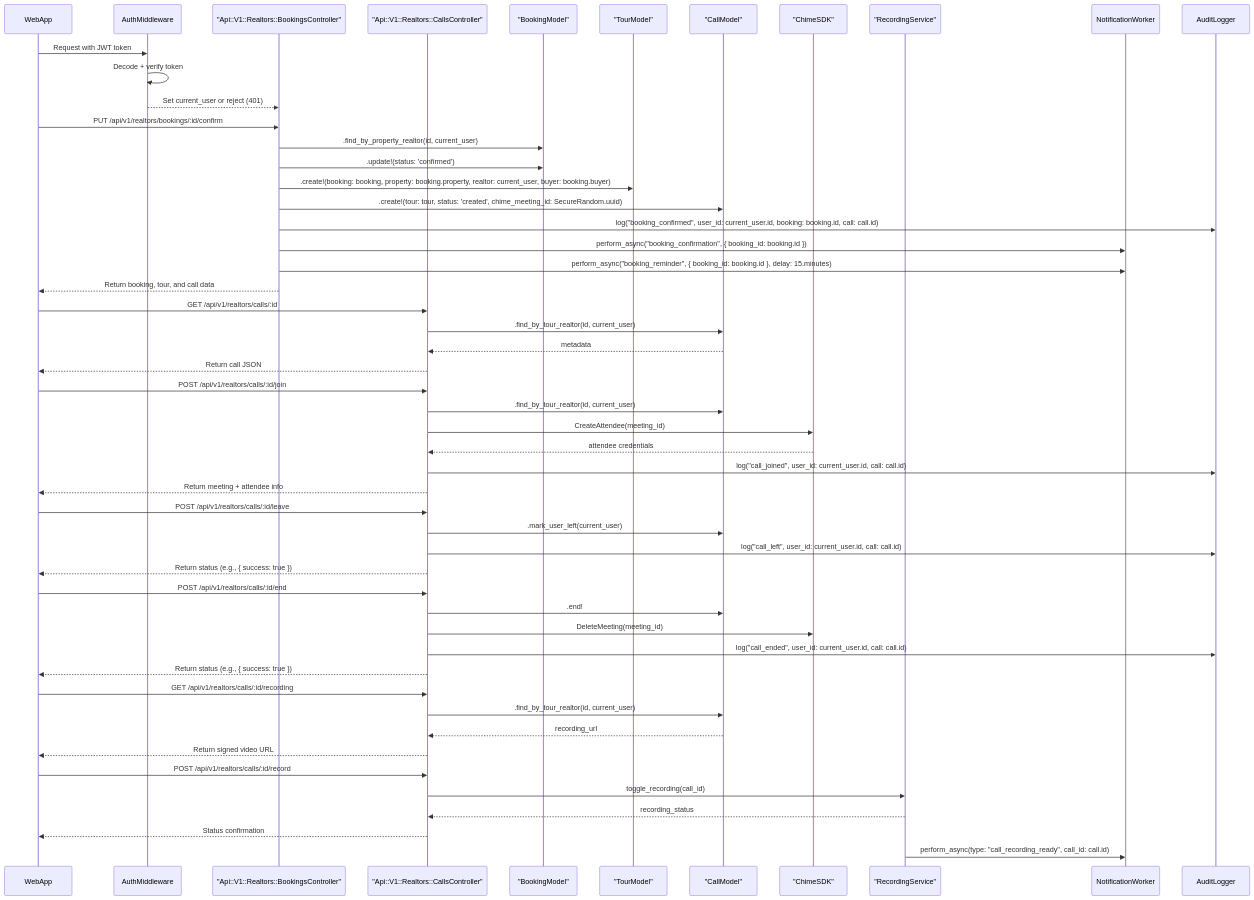
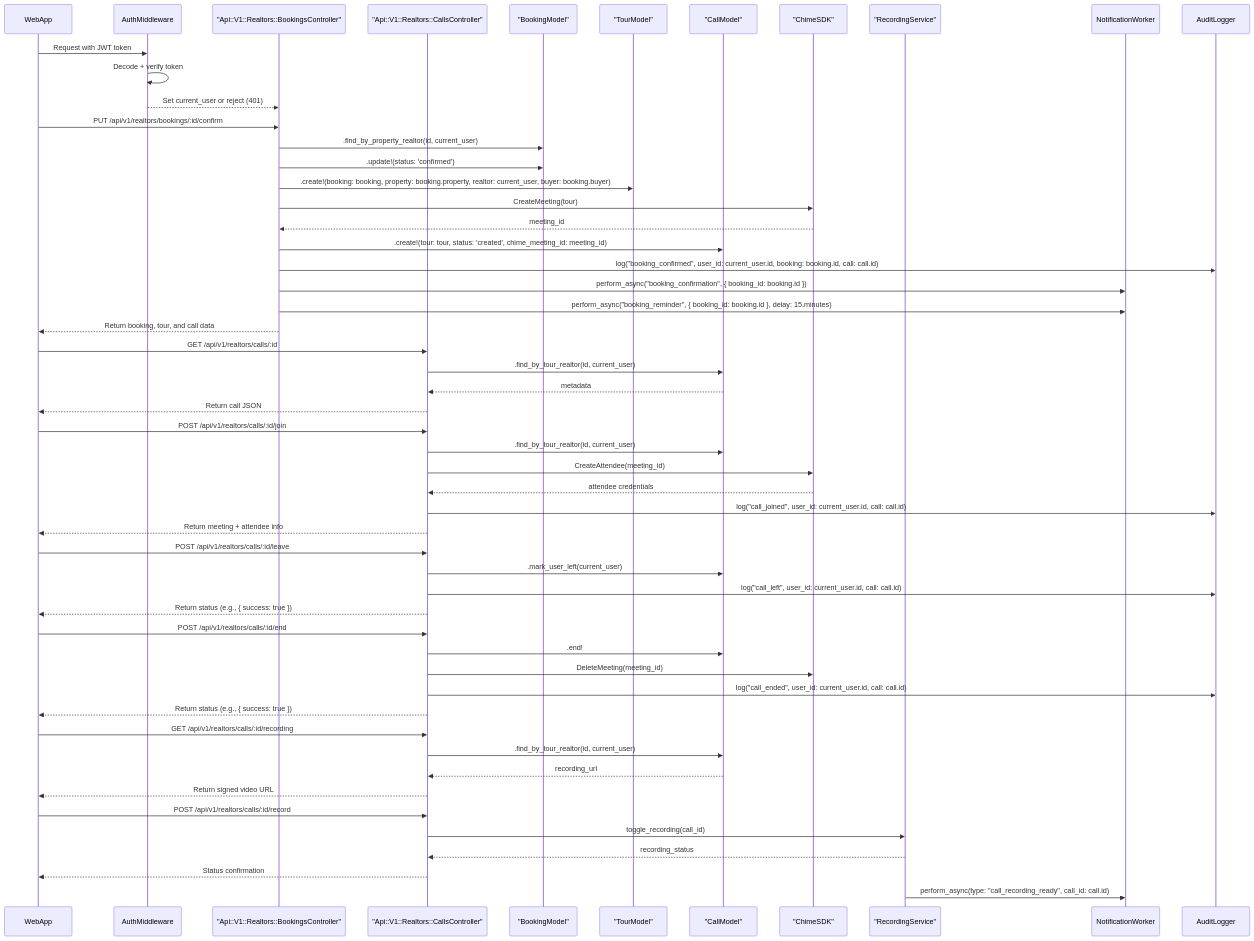
One commit to Video-API-architecture/architecture-proposal changed the diagram in diagrams/realtors/calls.mermaid. Above: the diagram before and after it, drawn with Mermaid. The commit also changed 2 other files, not shown here.

Commit message:
use chime_service.create_meeting(tour) in diagram and add it in the code

```diff
--- a/diagrams/realtors/calls.mermaid
+++ b/diagrams/realtors/calls.mermaid
@@ -1,70 +1,72 @@
 sequenceDiagram
     participant WebApp
     participant Auth as AuthMiddleware
     participant BC as "Api::V1::Realtors::BookingsController"
     participant CC as "Api::V1::Realtors::CallsController"
     participant Booking as "BookingModel"
     participant Tour as "TourModel"
     participant Call as "CallModel"
     participant Chime as "ChimeSDK"
     participant Recorder as "RecordingService"
     participant NotificationWorker
     participant AuditLogger
 
     %% Auth check
     WebApp->>Auth: Request with JWT token
     Auth->>Auth: Decode + verify token
     Auth-->>BC: Set current_user or reject (401)
 
     %% Booking confirmation (creates call)
     WebApp->>BC: PUT /api/v1/realtors/bookings/:id/confirm
     BC->>Booking: .find_by_property_realtor(id, current_user)
     BC->>Booking: .update!(status: 'confirmed')
     BC->>Tour: .create!(booking: booking, property: booking.property, realtor: current_user, buyer: booking.buyer)
-    BC->>Call: .create!(tour: tour, status: 'created', chime_meeting_id: SecureRandom.uuid)
+    BC->>Chime: CreateMeeting(tour)
+    Chime-->>BC: meeting_id
+    BC->>Call: .create!(tour: tour, status: 'created', chime_meeting_id: meeting_id)
     BC->>AuditLogger: log("booking_confirmed", user_id: current_user.id, booking: booking.id, call: call.id)
     BC->>NotificationWorker: perform_async("booking_confirmation", { booking_id: booking.id })
     BC->>NotificationWorker: perform_async("booking_reminder", { booking_id: booking.id }, delay: 15.minutes)
     BC-->>WebApp: Return booking, tour, and call data
 
     %% Get call details (after confirmation)
     WebApp->>CC: GET /api/v1/realtors/calls/:id
     CC->>Call: .find_by_tour_realtor(id, current_user)
     Call-->>CC: metadata
     CC-->>WebApp: Return call JSON
 
     %% Join call
     WebApp->>CC: POST /api/v1/realtors/calls/:id/join
     CC->>Call: .find_by_tour_realtor(id, current_user)
     CC->>Chime: CreateAttendee(meeting_id)
     Chime-->>CC: attendee credentials
     CC->>AuditLogger: log("call_joined", user_id: current_user.id, call: call.id)
     CC-->>WebApp: Return meeting + attendee info
 
     %% Leave call
     WebApp->>CC: POST /api/v1/realtors/calls/:id/leave
     CC->>Call: .mark_user_left(current_user)
     CC->>AuditLogger: log("call_left", user_id: current_user.id, call: call.id)
     CC-->>WebApp: Return status (e.g., { success: true })
 
     %% End call
     WebApp->>CC: POST /api/v1/realtors/calls/:id/end
     CC->>Call: .end!
     CC->>Chime: DeleteMeeting(meeting_id)
     CC->>AuditLogger: log("call_ended", user_id: current_user.id, call: call.id)
     CC-->>WebApp: Return status (e.g., { success: true })
 
     %% Get call recording
     WebApp->>CC: GET /api/v1/realtors/calls/:id/recording
     CC->>Call: .find_by_tour_realtor(id, current_user)
     Call-->>CC: recording_url
     CC-->>WebApp: Return signed video URL
 
     %% Start/Stop call recording
     WebApp->>CC: POST /api/v1/realtors/calls/:id/record
     CC->>Recorder: toggle_recording(call_id)
     Recorder-->>CC: recording_status
     CC-->>WebApp: Status confirmation
 
     %% Optional email notification after recording
     Recorder->>NotificationWorker: perform_async(type: "call_recording_ready", call_id: call.id)
```
